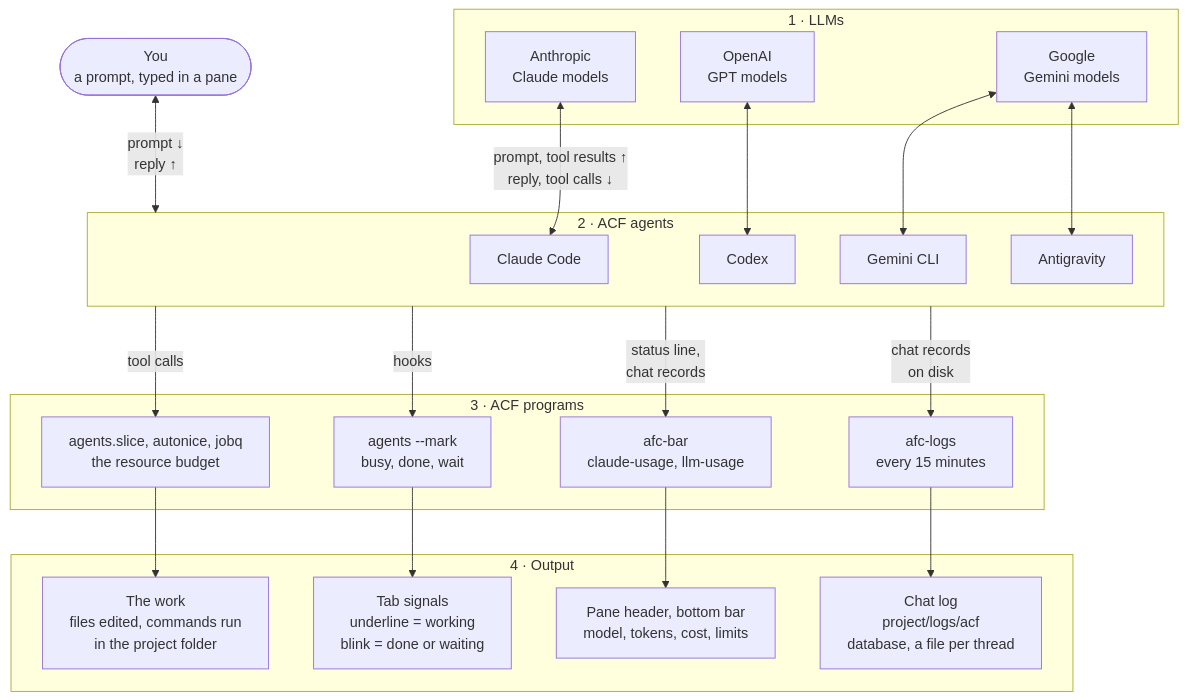
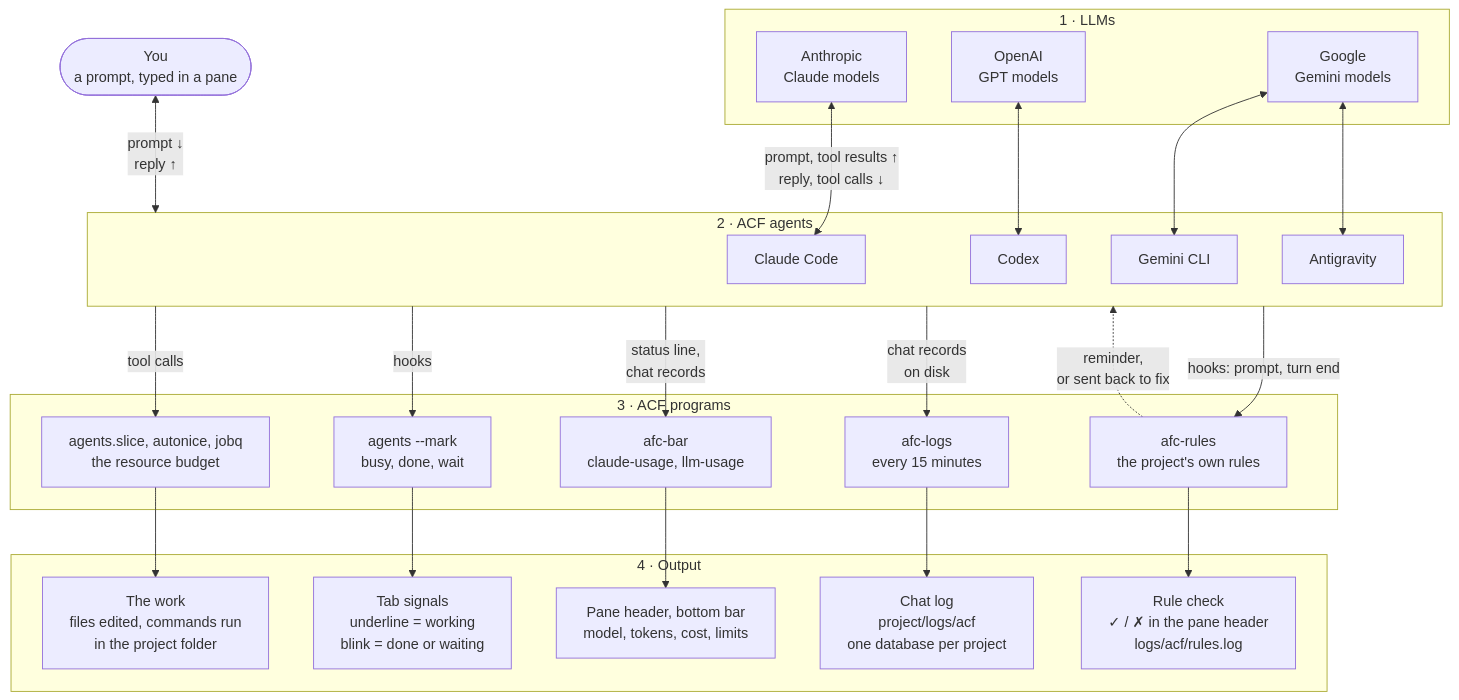
The diagram in README.md (Geek2017/ACF), drawn with Mermaid before and after one commit. The commit also changed other lines of this file and 23 other files, not shown here.

````diff
--- a/README.md
+++ b/README.md
@@ -96,42 +101,46 @@
 ```mermaid
 flowchart TB
   you(["You<br>a prompt, typed in a pane"])
 
   subgraph llm["1 · LLMs"]
     anthropic["Anthropic<br>Claude models"]
     openai["OpenAI<br>GPT models"]
     google["Google<br>Gemini models"]
   end
 
   subgraph fleet["2 · ACF agents"]
     claude["Claude Code"]
     codex["Codex"]
     gemini["Gemini CLI"]
     agy["Antigravity"]
   end
 
   subgraph acf["3 · ACF programs"]
     guard["agents.slice, autonice, jobq<br>the resource budget"]
     mark["agents --mark<br>busy, done, wait"]
     bar["afc-bar<br>claude-usage, llm-usage"]
     logs["afc-logs<br>every 15 minutes"]
+    rules["afc-rules<br>the project's own rules"]
   end
 
   subgraph out["4 · Output"]
     work["The work<br>files edited, commands run<br>in the project folder"]
     signals["Tab signals<br>underline = working<br>blink = done or waiting"]
     header["Pane header, bottom bar<br>model, tokens, cost, limits"]
-    store["Chat log<br>project/logs/acf<br>database, a file per thread"]
+    store["Chat log<br>project/logs/acf<br>one database per project"]
+    verdict["Rule check<br>✓ / ✗ in the pane header<br>logs/acf/rules.log"]
   end
 
   you <-->|"prompt ↓<br>reply ↑"| fleet
   anthropic <-->|"prompt, tool results ↑<br>reply, tool calls ↓"| claude
   openai <--> codex
   google <--> gemini
   google <--> agy
 
   fleet -->|"tool calls"| guard --> work
   fleet -->|"hooks"| mark --> signals
   fleet -->|"status line,<br>chat records"| bar --> header
   fleet -->|"chat records<br>on disk"| logs --> store
+  fleet -->|"hooks: prompt, turn end"| rules --> verdict
+  rules -.->|"reminder,<br>or sent back to fix"| fleet
 ```
````
